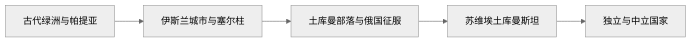
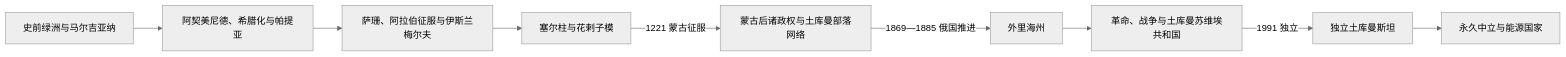
One commit to tianlan-dev/learning-notes changed the diagram in 人文科学/历史/中亚/土库曼斯坦/README.md. Above: the diagram before and after it, drawn with Mermaid (neutral theme). The commit also changed other lines of this file and 1417 other files, not shown here.

````diff
--- a/人文科学/历史/中亚/土库曼斯坦/README.md
+++ b/人文科学/历史/中亚/土库曼斯坦/README.md
@@ -9,7 +9,11 @@
 ```mermaid
 flowchart LR
-    A["古代绿洲与帕提亚"] --> B["伊斯兰城市与塞尔柱"]
-    B --> C["土库曼部落与俄国征服"]
-    C --> D["苏维埃土库曼斯坦"]
-    D --> E["独立与中立国家"]
+    A["史前绿洲与马尔吉亚纳"] --> B["阿契美尼德、希腊化与帕提亚"]
+    B --> C["萨珊、阿拉伯征服与伊斯兰梅尔夫"]
+    C --> D["塞尔柱与花剌子模"]
+    D -->|1221 蒙古征服| E["蒙古后诸政权与土库曼部落网络"]
+    E -->|1869—1885 俄国推进| F["外里海州"]
+    F --> G["革命、战争与土库曼苏维埃共和国"]
+    G -->|1991 独立| H["独立土库曼斯坦"]
+    H --> I["永久中立与能源国家"]
 ```
````
